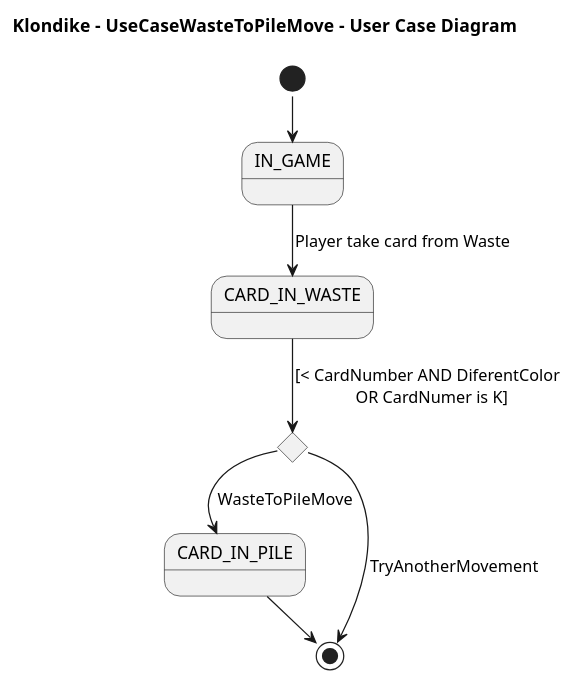
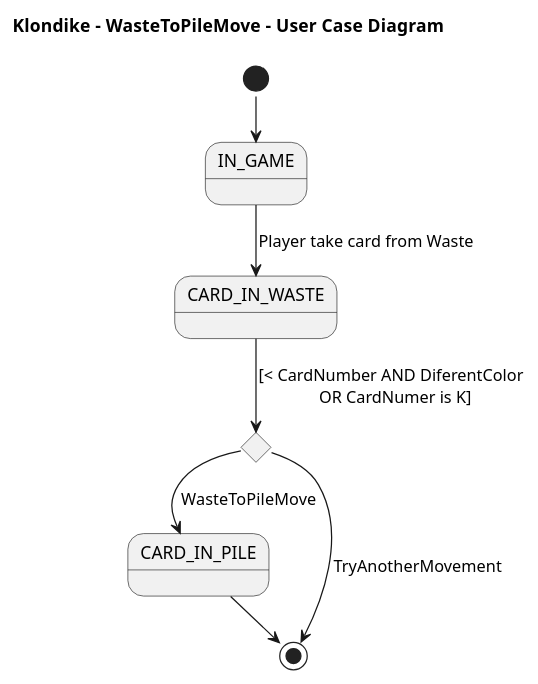
The diagram in 2 Modelo de vistas de caso de uso/Diagrama de caso de uso - WasteToPileMove.plantuml (AngelOS95P/Maestria_IngSoftware_grupo6), drawn with PlantUML before and after one commit. The commit also changed 44 other files, not shown here.

```diff
--- a/2 Modelo de vistas de caso de uso/Diagrama de caso de uso - WasteToPileMove.plantuml
+++ b/2 Modelo de vistas de caso de uso/Diagrama de caso de uso - WasteToPileMove.plantuml
@@ -1,17 +1,17 @@
 @startuml UCWasteToPileMove
 !pragma layout smetana
-title Klondike  - UseCaseWasteToPileMove - User Case Diagram
+title Klondike  - WasteToPileMove - User Case Diagram
 
 state IN_GAME
 state CARD_IN_WASTE
 state if <<choice>>
 state CARD_IN_PILE
 
 [*] --> IN_GAME
 IN_GAME --> CARD_IN_WASTE: Player take card from Waste
 CARD_IN_WASTE --> if: [< CardNumber AND DiferentColor \n OR CardNumer is K]
 if --> CARD_IN_PILE: WasteToPileMove
 if --> [*]: TryAnotherMovement
 CARD_IN_PILE --> [*]
 
 @enduml
```
